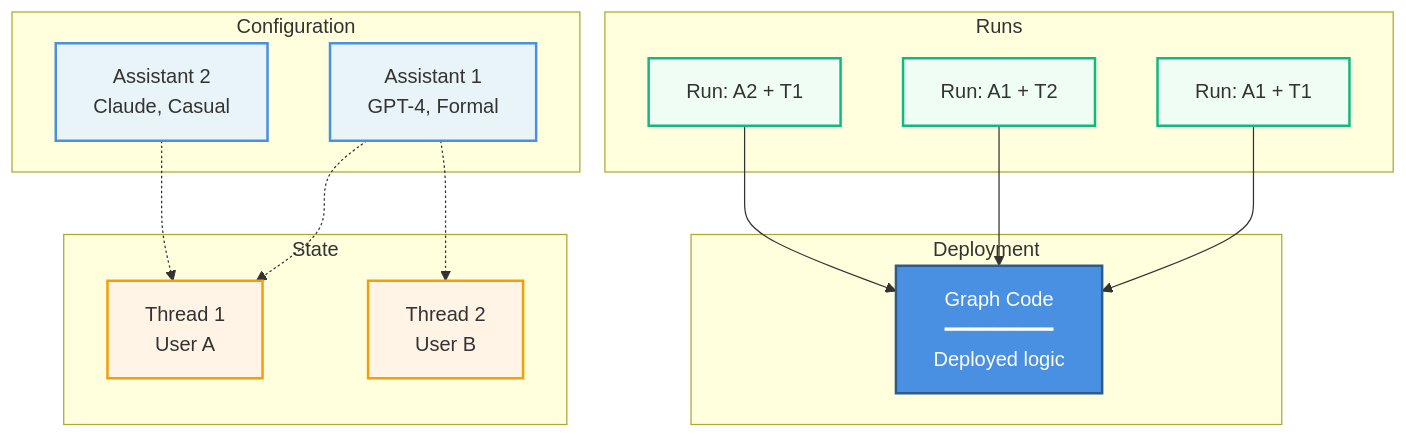
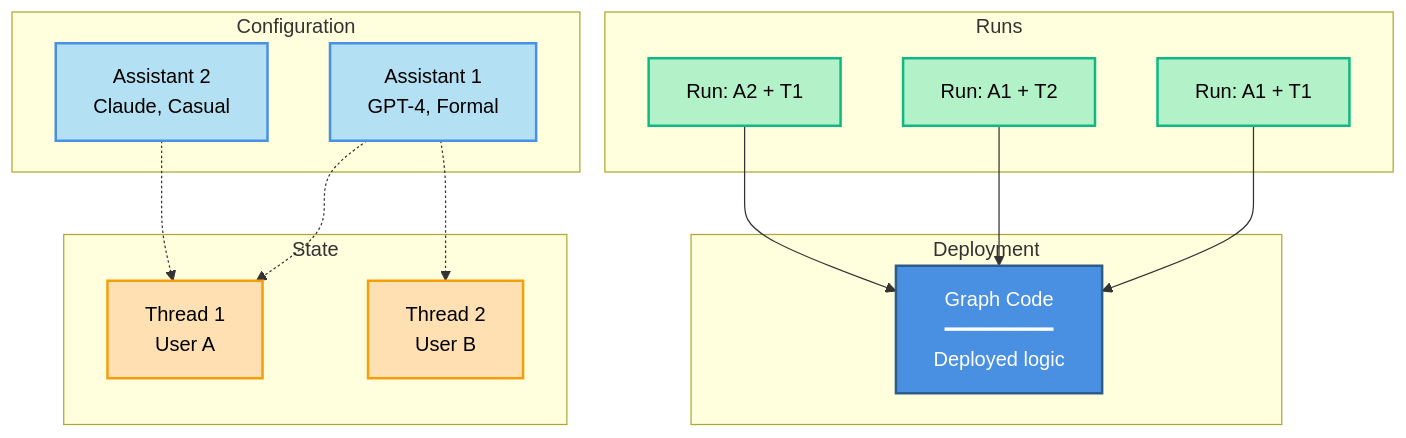
One commit to langchain-ai/docs changed the third of 3 diagrams in src/langsmith/assistants.mdx. Above: the diagram before and after it, drawn with Mermaid. The commit also changed other lines of this file and 1 other file, not shown here.

Commit message:
Lauren's feedback

````diff
--- a/src/langsmith/assistants.mdx
+++ b/src/langsmith/assistants.mdx
@@ -132,39 +132,39 @@
 ```mermaid
 flowchart TB
     subgraph deploy[Deployment]
         G[Graph Code<br/>━━━━━━━━━<br/>Deployed logic]
     end
 
     subgraph config[Configuration]
         A1[Assistant 1<br/>GPT-4, Formal]
         A2[Assistant 2<br/>Claude, Casual]
     end
 
     subgraph state[State]
         T1[Thread 1<br/>User A]
         T2[Thread 2<br/>User B]
     end
 
     subgraph runs[Runs]
         A1T1["Run: A1 + T1"]
         A1T2["Run: A1 + T2"]
         A2T1["Run: A2 + T1"]
     end
 
     A1 -.-> T1
     A1 -.-> T2
     A2 -.-> T1
 
     A1T1 --> G
     A1T2 --> G
     A2T1 --> G
 
     style G fill:#4A90E2,stroke:#2E5C8A,stroke-width:2px,color:#fff
-    style A1 fill:#E8F4F8,stroke:#4A90E2,stroke-width:2px
-    style A2 fill:#E8F4F8,stroke:#4A90E2,stroke-width:2px
-    style T1 fill:#FFF4E6,stroke:#F59E0B,stroke-width:2px
-    style T2 fill:#FFF4E6,stroke:#F59E0B,stroke-width:2px
-    style A1T1 fill:#F0FDF4,stroke:#10B981,stroke-width:2px
-    style A1T2 fill:#F0FDF4,stroke:#10B981,stroke-width:2px
-    style A2T1 fill:#F0FDF4,stroke:#10B981,stroke-width:2px
+    style A1 fill:#B3E0F2,stroke:#4A90E2,stroke-width:2px,color:#000
+    style A2 fill:#B3E0F2,stroke:#4A90E2,stroke-width:2px,color:#000
+    style T1 fill:#FFE0B3,stroke:#F59E0B,stroke-width:2px,color:#000
+    style T2 fill:#FFE0B3,stroke:#F59E0B,stroke-width:2px,color:#000
+    style A1T1 fill:#B3F2C9,stroke:#10B981,stroke-width:2px,color:#000
+    style A1T2 fill:#B3F2C9,stroke:#10B981,stroke-width:2px,color:#000
+    style A2T1 fill:#B3F2C9,stroke:#10B981,stroke-width:2px,color:#000
 ```
````
